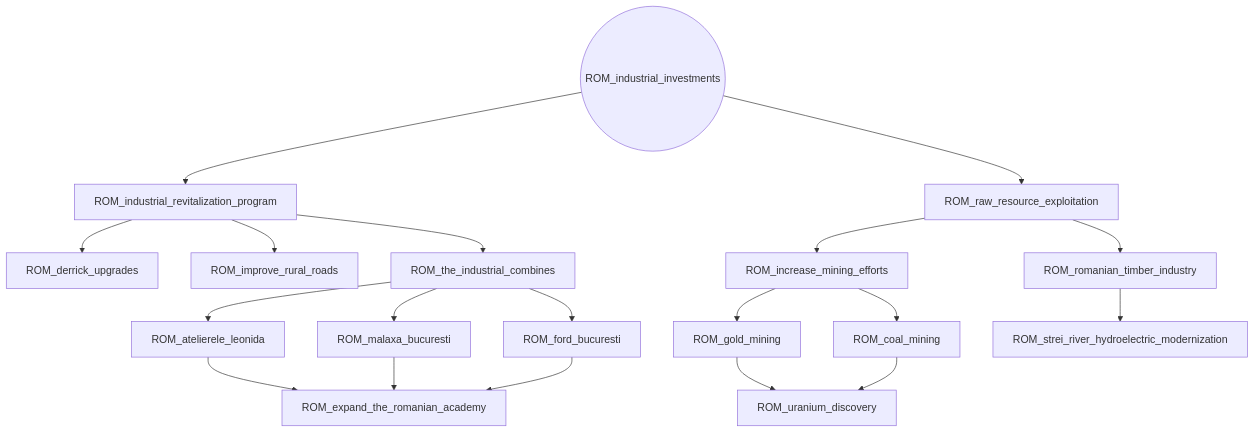
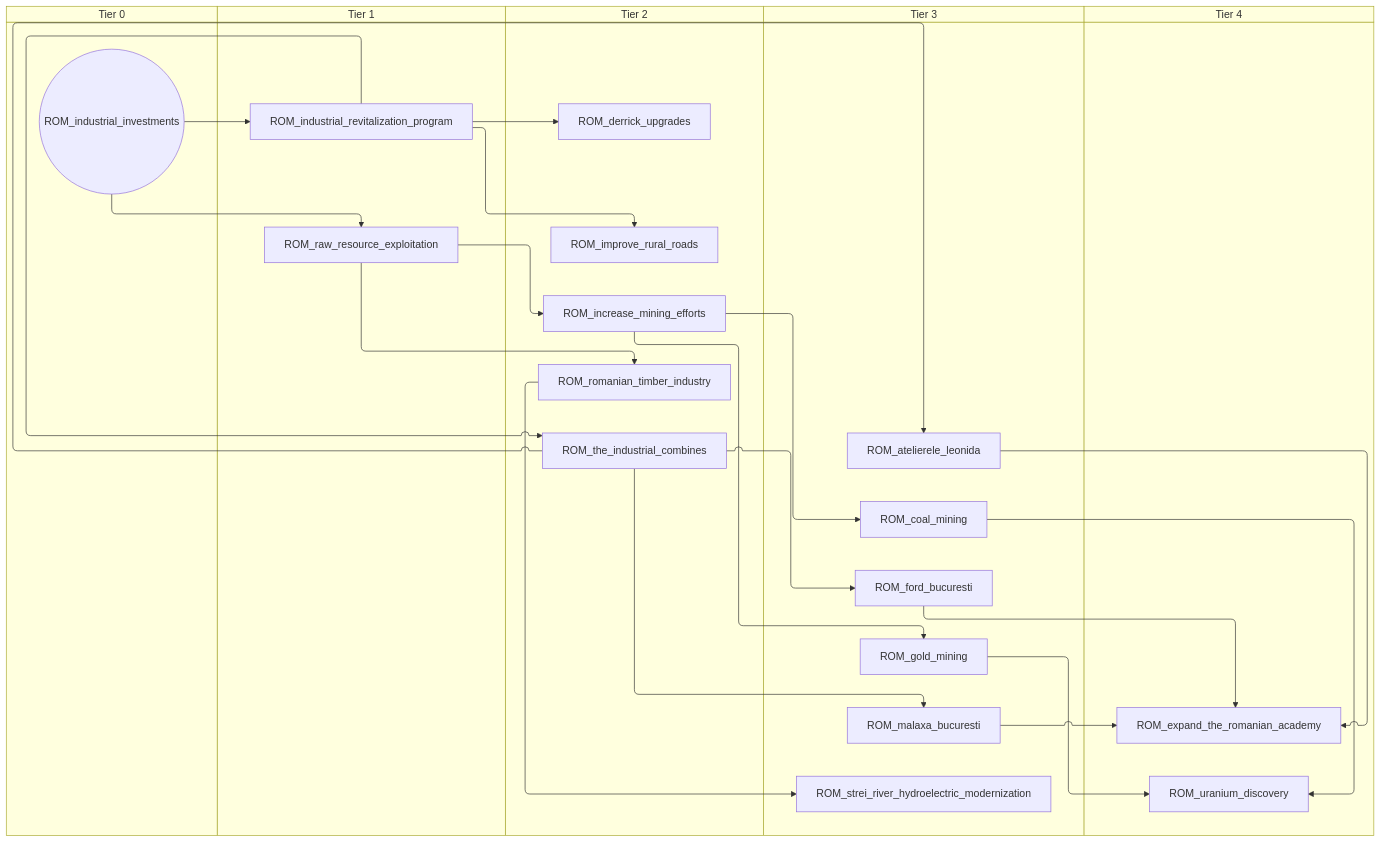
The second of 5 diagrams in docs/gdd/National Focuses/romania.md (evgeny-sobol/hoi4-sandbox-mode-r56), drawn with Mermaid before and after one commit. The commit also changed other lines of this file and 423 other files, not shown here.

First line of the commit message:
Re-export Rt56 focus trees as swimlane diagrams

````diff
--- a/docs/gdd/National Focuses/romania.md
+++ b/docs/gdd/National Focuses/romania.md
@@ -365,37 +405,47 @@
 ```mermaid
-flowchart TD
-    n156["ROM_atelierele_leonida"]
-    n157["ROM_coal_mining"]
-    n158["ROM_derrick_upgrades"]
-    n159["ROM_expand_the_romanian_academy"]
-    n160["ROM_ford_bucuresti"]
-    n161["ROM_gold_mining"]
-    n162["ROM_improve_rural_roads"]
-    n163["ROM_increase_mining_efforts"]
-    n164(("ROM_industrial_investments"))
-    n165["ROM_industrial_revitalization_program"]
-    n166["ROM_malaxa_bucuresti"]
-    n167["ROM_raw_resource_exploitation"]
-    n168["ROM_romanian_timber_industry"]
-    n169["ROM_strei_river_hydroelectric_modernization"]
-    n170["ROM_the_industrial_combines"]
-    n171["ROM_uranium_discovery"]
-    n170 --> n156
-    n163 --> n157
-    n165 --> n158
-    n156 --> n159
-    n166 --> n159
-    n160 --> n159
-    n170 --> n160
-    n163 --> n161
-    n165 --> n162
-    n167 --> n163
-    n164 --> n165
-    n170 --> n166
-    n164 --> n167
-    n167 --> n168
-    n168 --> n169
-    n165 --> n170
-    n161 --> n171
-    n157 --> n171
+swimlane-beta TD
+    subgraph tier_0["Tier 0"]
+        n156(("ROM_industrial_investments"))
+    end
+    subgraph tier_1["Tier 1"]
+        n157["ROM_industrial_revitalization_program"]
+        n158["ROM_raw_resource_exploitation"]
+    end
+    subgraph tier_2["Tier 2"]
+        n159["ROM_derrick_upgrades"]
+        n160["ROM_improve_rural_roads"]
+        n161["ROM_increase_mining_efforts"]
+        n162["ROM_romanian_timber_industry"]
+        n163["ROM_the_industrial_combines"]
+    end
+    subgraph tier_3["Tier 3"]
+        n164["ROM_atelierele_leonida"]
+        n165["ROM_coal_mining"]
+        n166["ROM_ford_bucuresti"]
+        n167["ROM_gold_mining"]
+        n168["ROM_malaxa_bucuresti"]
+        n169["ROM_strei_river_hydroelectric_modernization"]
+    end
+    subgraph tier_4["Tier 4"]
+        n170["ROM_expand_the_romanian_academy"]
+        n171["ROM_uranium_discovery"]
+    end
+    n163 --> n164
+    n161 --> n165
+    n157 --> n159
+    n164 --> n170
+    n168 --> n170
+    n166 --> n170
+    n163 --> n166
+    n161 --> n167
+    n157 --> n160
+    n158 --> n161
+    n156 --> n157
+    n163 --> n168
+    n156 --> n158
+    n158 --> n162
+    n162 --> n169
+    n157 --> n163
+    n167 --> n171
+    n165 --> n171
 ```
````
